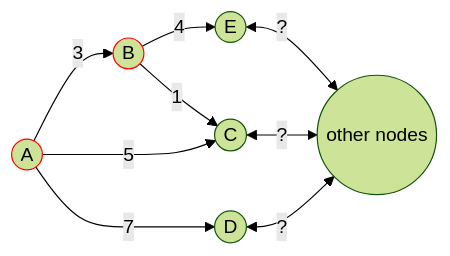
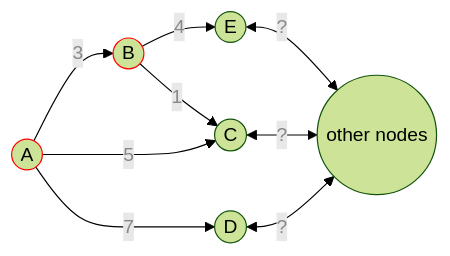
One commit to CHOYUNSIG/algorithm_with_boj changed the second of 2 diagrams in _posts/2024-01-01-dijkstra.md. Above: the diagram before and after it, drawn with Mermaid (forest theme). The commit also changed other lines of this file and 3 other files, not shown here.

````diff
--- a/_posts/2024-01-01-dijkstra.md
+++ b/_posts/2024-01-01-dijkstra.md
@@ -53,18 +53,18 @@
-```mermaid!
-graph LR
-A -- <p style="text-shadow: 0px 0px 2px #FFF">3</p> --> B
-A -- <p style="text-shadow: 0px 0px 2px #FFF">5</p> --> C
-A -- <p style="text-shadow: 0px 0px 2px #FFF">7</p> --> D
-B -- <p style="text-shadow: 0px 0px 2px #FFF">4</p> --> E
-B -- <p style="text-shadow: 0px 0px 2px #FFF">1</p> --> C
-C & D & E<-- <p style="text-shadow: 0px 0px 2px #FFF">?</p> --> other_nodes
-other_nodes((other nodes))
+<pre class="mermaid">
+    graph LR
+    A -- <p style="color: #888">3</p> --> B
+    A -- <p style="color: #888">5</p> --> C
+    A -- <p style="color: #888">7</p> --> D
+    B -- <p style="color: #888">4</p> --> E
+    B -- <p style="color: #888">1</p> --> C
+    C & D & E<-- <p style="color: #888">?</p> --> other_nodes
+    other_nodes((other nodes))
 
-A((A)):::red
-B((B)):::red
-C((C))
-D((D))
-E((E))
+    A((A)):::red
+    B((B)):::red
+    C((C))
+    D((D))
+    E((E))
 
-classDef red stroke:#f00
-```
+    classDef red stroke:#f00
+</pre>
````
